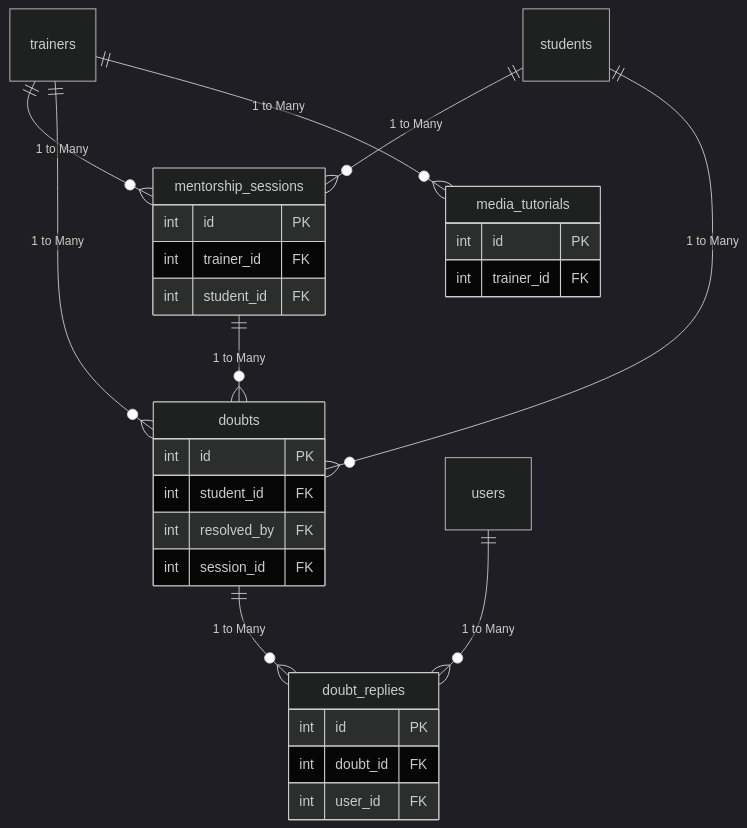
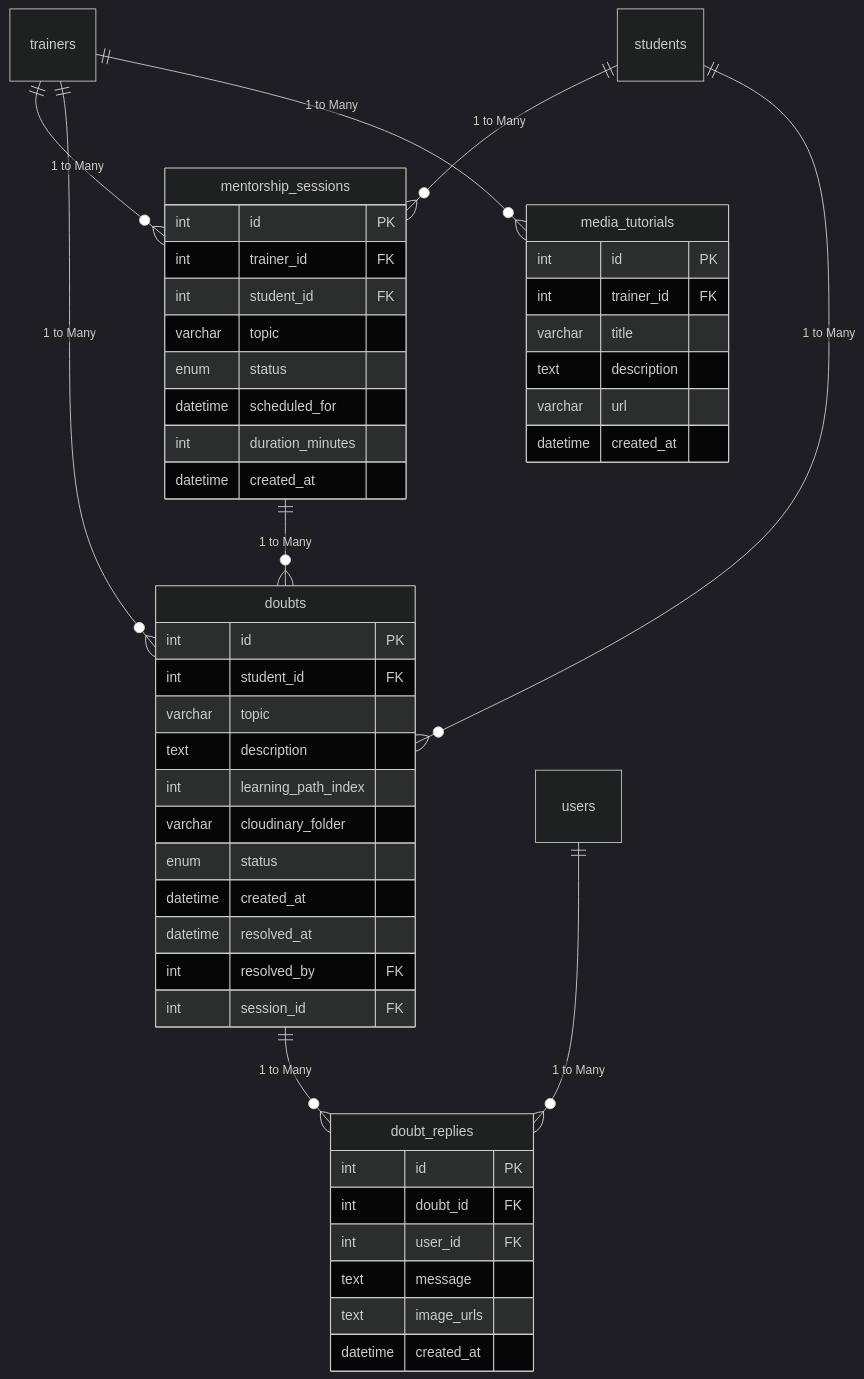
One commit to suyash-rgb/JS-Mentor changed diagram 25 of 25 in README.md. Above: the diagram before and after it, drawn with Mermaid (dark theme). The commit also changed other lines of this file, not shown here.

Commit message:
docs(#55): db ER diagrams and Data dictionary updated

````diff
--- a/README.md
+++ b/README.md
@@ -1269,32 +1377,51 @@
 ```mermaid
 erDiagram
     trainers ||--o{ mentorship_sessions : "1 to Many"
     students ||--o{ mentorship_sessions : "1 to Many"
     students ||--o{ doubts : "1 to Many"
     trainers ||--o{ doubts : "1 to Many"
     mentorship_sessions ||--o{ doubts : "1 to Many"
     doubts ||--o{ doubt_replies : "1 to Many"
     users ||--o{ doubt_replies : "1 to Many"
     trainers ||--o{ media_tutorials : "1 to Many"
 
     mentorship_sessions {
         int id PK
         int trainer_id FK
         int student_id FK
+        varchar topic
+        enum status
+        datetime scheduled_for
+        int duration_minutes
+        datetime created_at
     }
     doubts {
         int id PK
         int student_id FK
+        varchar topic
+        text description
+        int learning_path_index
+        varchar cloudinary_folder
+        enum status
+        datetime created_at
+        datetime resolved_at
         int resolved_by FK
         int session_id FK
     }
     doubt_replies {
         int id PK
         int doubt_id FK
         int user_id FK
+        text message
+        text image_urls
+        datetime created_at
     }
     media_tutorials {
         int id PK
         int trainer_id FK
+        varchar title
+        text description
+        varchar url
+        datetime created_at
     }
 ```
````
